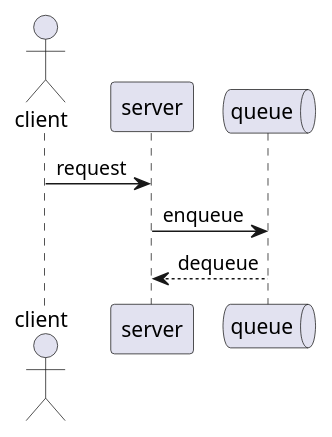
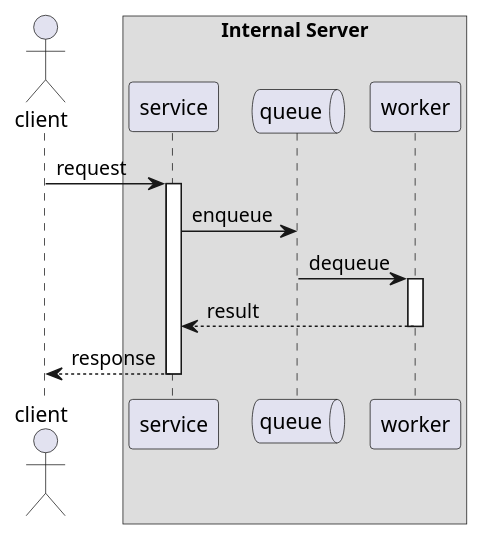
Before and after one commit to meteormin/meteormin.github.io: the diagram in Daliynote/2023-11-29.md, drawn with PlantUML. The commit also changed 1 other file, not shown here.

Commit message:
vault backup: 2023-11-29 22:51:56

````diff
--- a/Daliynote/2023-11-29.md
+++ b/Daliynote/2023-11-29.md
@@ -1,12 +1,21 @@
 ```plantuml
 @startuml
-actor       client      
-participant server
+actor       client 
+box "Internal Server"
+participant service
 queue       queue
+participant worker
+end box
 
-client -> server : request
-server -> queue : enqueue
-queue --> server : dequeue
+client -> service : request
+activate service
+service -> queue : enqueue
+queue -> worker : dequeue
+activate worker
+worker --> service : result
+deactivate worker
+service --> client : response
+deactivate service
 
 @enduml
 ```
````
